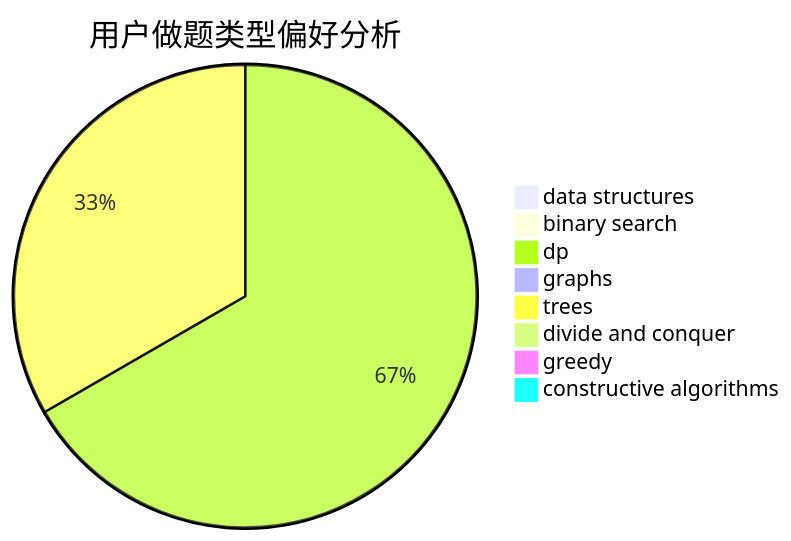
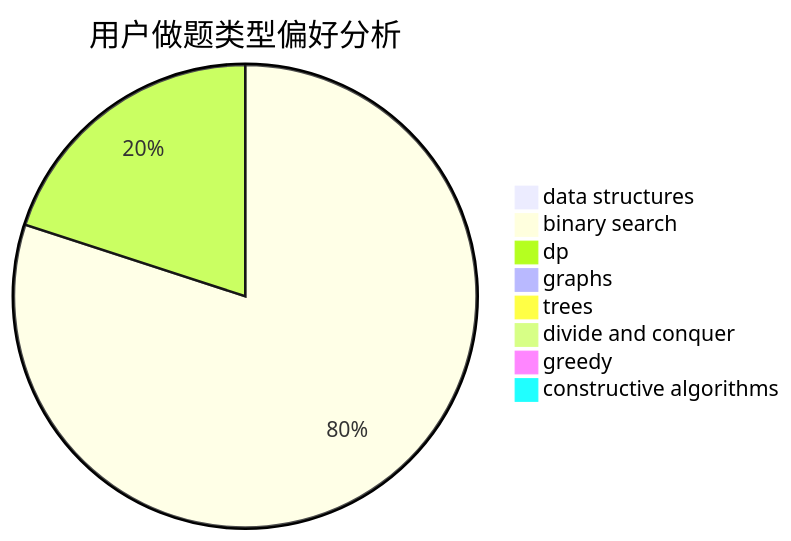
The second of 3 diagrams in docs/user/u148.md (sherpahu/cfrs.github.io), drawn with Mermaid before and after one commit. The commit also changed other lines of this file and 2770 other files, not shown here.

````diff
--- a/docs/user/u148.md
+++ b/docs/user/u148.md
@@ -23,11 +23,11 @@
 ```mermaid
 pie title 用户做题类型偏好分析
     "data structures" :  0
-    "binary search" :  0
-    "dp" :  4
+    "binary search" :  12
+    "dp" :  3
     "graphs" :  0
-    "trees" :  2
+    "trees" :  0
     "divide and conquer" :  0
     "greedy" :  0
     "constructive algorithms" :  0
 ```
````
